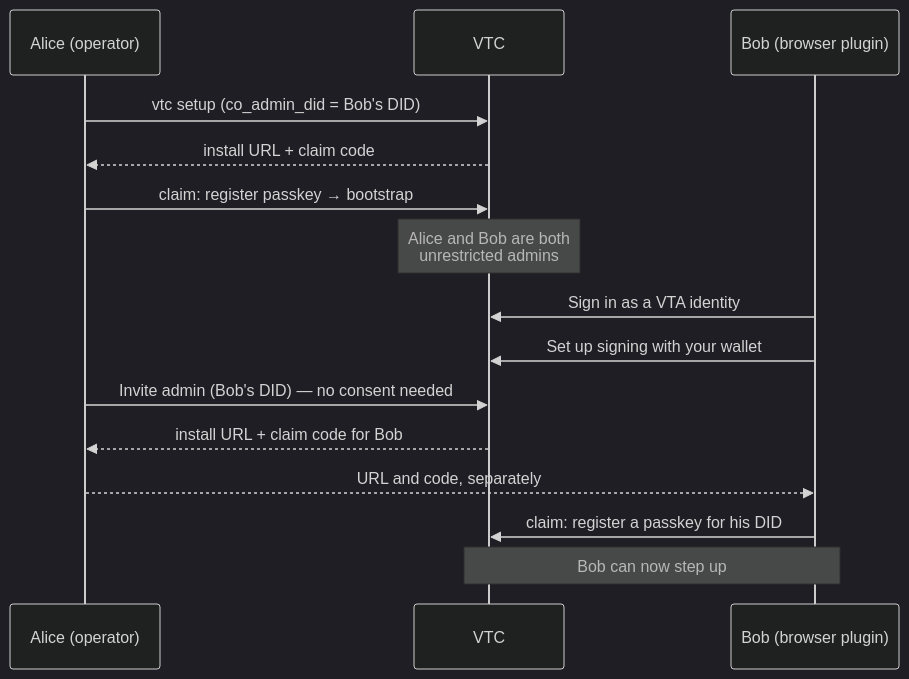
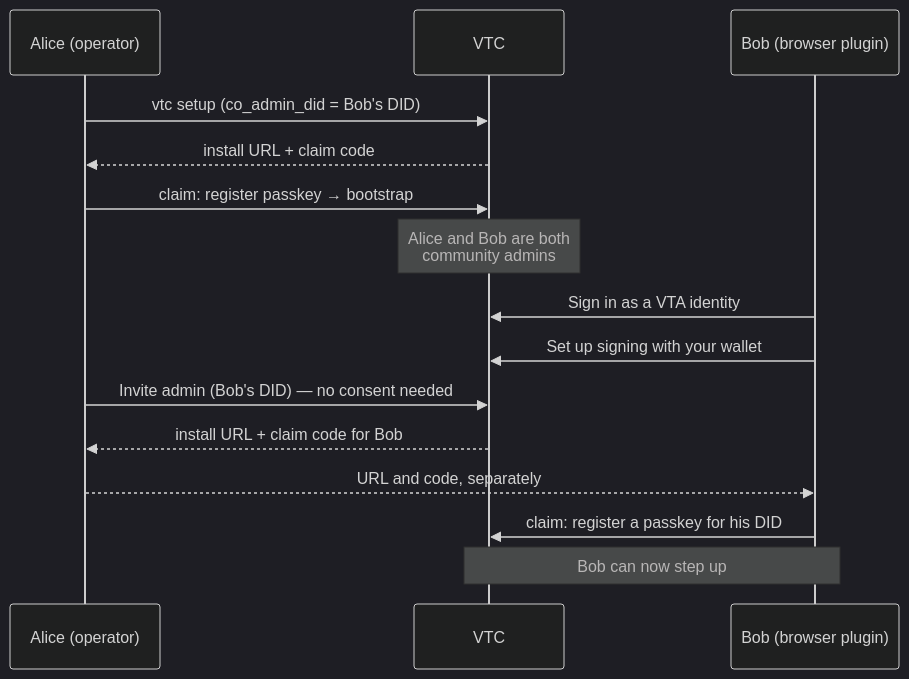
One commit to OpenVTC/verifiable-trust-infrastructure changed the diagram in docs/03-vtc/admin-access.md. Above: the diagram before and after it, drawn with Mermaid (dark theme). The commit also changed other lines of this file and 127 other files, not shown here.

````diff
--- a/docs/03-vtc/admin-access.md
+++ b/docs/03-vtc/admin-access.md
@@ -401,17 +453,17 @@
 ```mermaid
 sequenceDiagram
     participant A as Alice (operator)
     participant V as VTC
     participant B as Bob (browser plugin)
     A->>V: vtc setup (co_admin_did = Bob's DID)
     V-->>A: install URL + claim code
     A->>V: claim: register passkey → bootstrap
-    Note over V: Alice and Bob are both<br/>unrestricted admins
+    Note over V: Alice and Bob are both<br/>community admins
     B->>V: Sign in as a VTA identity
     B->>V: Set up signing with your wallet
     A->>V: Invite admin (Bob's DID) — no consent needed
     V-->>A: install URL + claim code for Bob
     A-->>B: URL and code, separately
     B->>V: claim: register a passkey for his DID
     Note over B,V: Bob can now step up
 ```
````
